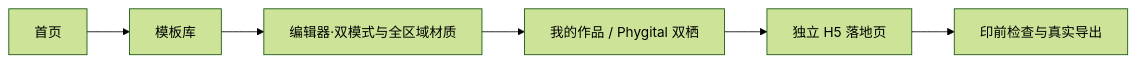
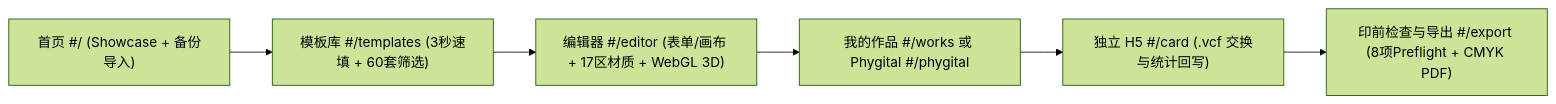
The diagram in 一番星 · 制作人名片设计平台 PRD.md (AulusCaelius/ichibanboshi-meishi), drawn with Mermaid (forest theme) before and after one commit. The commit also changed other lines of this file, not shown here.

````diff
--- a/一番星 · 制作人名片设计平台 PRD.md
+++ b/一番星 · 制作人名片设计平台 PRD.md
@@ -73,4 +70,4 @@
 ```mermaid
 flowchart LR
-  A["首页"] --> B["模板库"] --> C["编辑器·双模式与全区域材质"] --> D["我的作品 / Phygital 双栖"] --> E["独立 H5 落地页"] --> F["印前检查与真实导出"]
+  A["首页 #/ (Showcase + 备份导入)"] --> B["模板库 #/templates (3秒速填 + 60套筛选)"] --> C["编辑器 #/editor (表单/画布 + 17区材质 + WebGL 3D)"] --> D["我的作品 #/works 或 Phygital #/phygital"] --> E["独立 H5 #/card (.vcf 交换与统计回写)"] --> F["印前检查与导出 #/export (8项Preflight + CMYK PDF)"]
 ```
````
